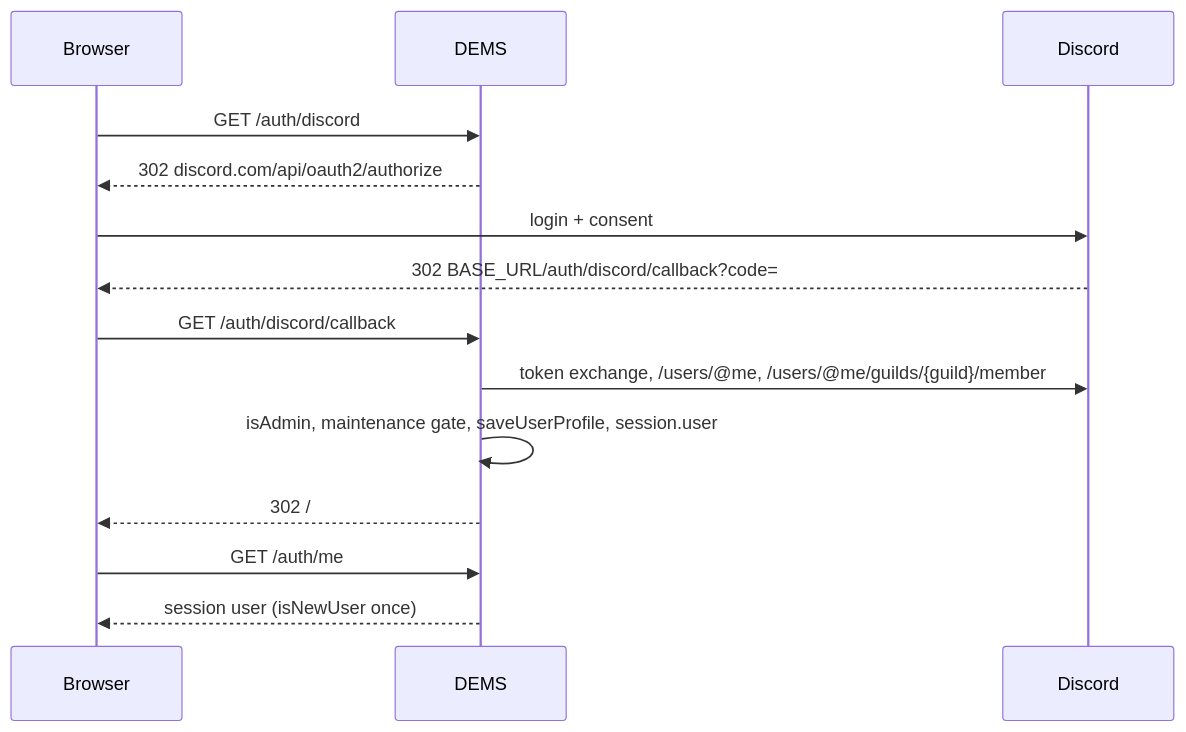
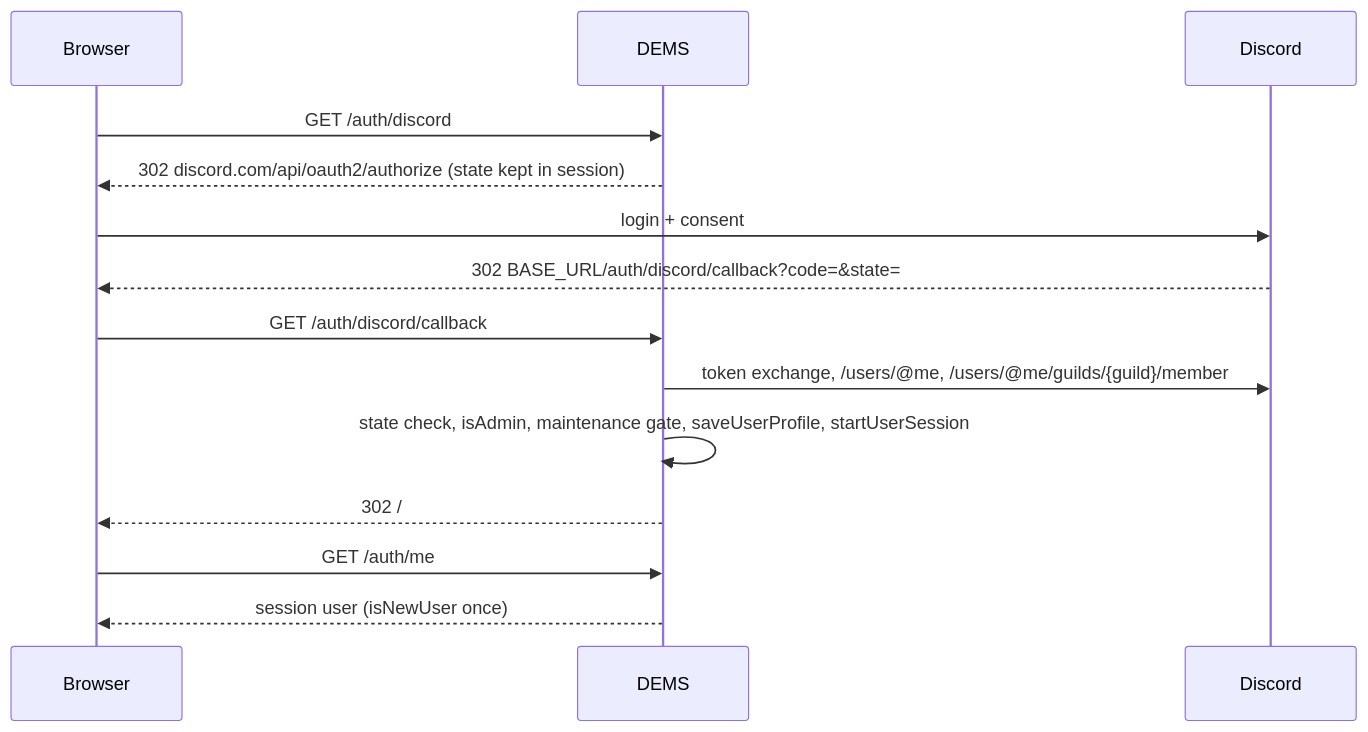
One commit to VibeGenZero/DEMS changed the diagram in docs/wiki/concepts/auth-session.md. Above: the diagram before and after it, drawn with Mermaid. The commit also changed other lines of this file and 24 other files, not shown here.

````diff
--- a/docs/wiki/concepts/auth-session.md
+++ b/docs/wiki/concepts/auth-session.md
@@ -16,16 +16,16 @@
 ```mermaid
 sequenceDiagram
   participant B as Browser
   participant S as DEMS
   participant D as Discord
   B->>S: GET /auth/discord
-  S-->>B: 302 discord.com/api/oauth2/authorize
+  S-->>B: 302 discord.com/api/oauth2/authorize (state kept in session)
   B->>D: login + consent
-  D-->>B: 302 BASE_URL/auth/discord/callback?code=
+  D-->>B: 302 BASE_URL/auth/discord/callback?code=&state=
   B->>S: GET /auth/discord/callback
   S->>D: token exchange, /users/@me, /users/@me/guilds/{guild}/member
-  S->>S: isAdmin, maintenance gate, saveUserProfile, session.user
+  S->>S: state check, isAdmin, maintenance gate, saveUserProfile, startUserSession
   S-->>B: 302 /#events (or /?error=code)
   B->>S: GET /auth/me
   S-->>B: session user (isNewUser once)
 ```
````
